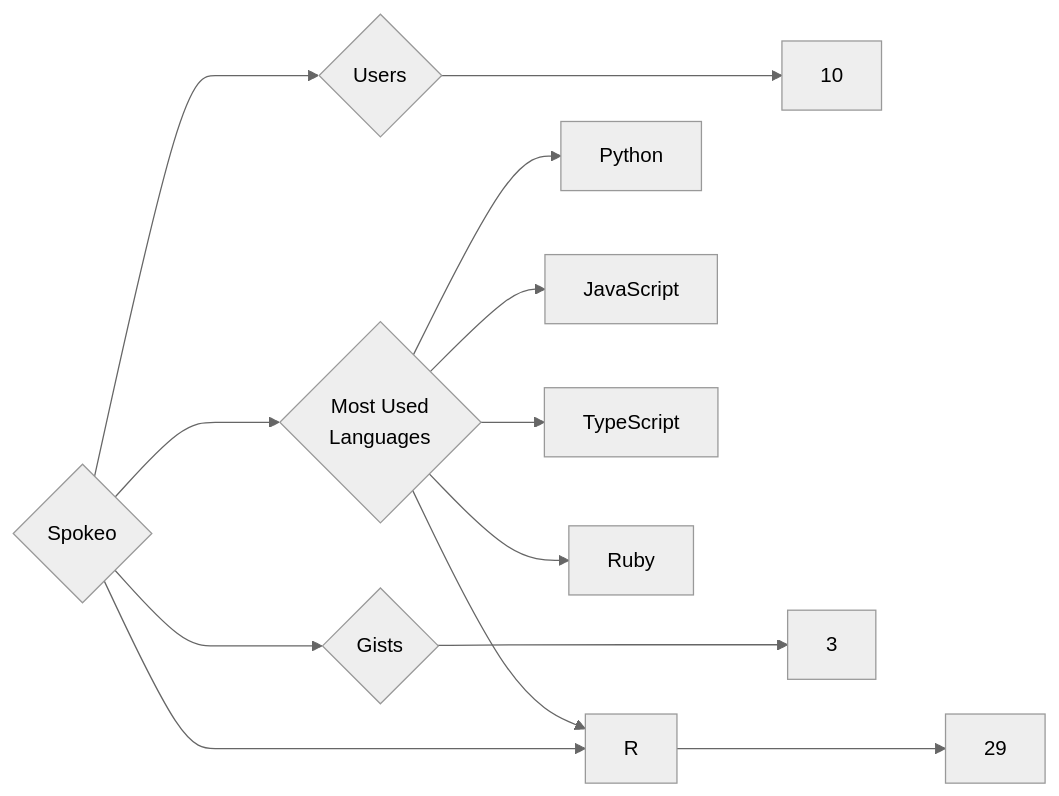
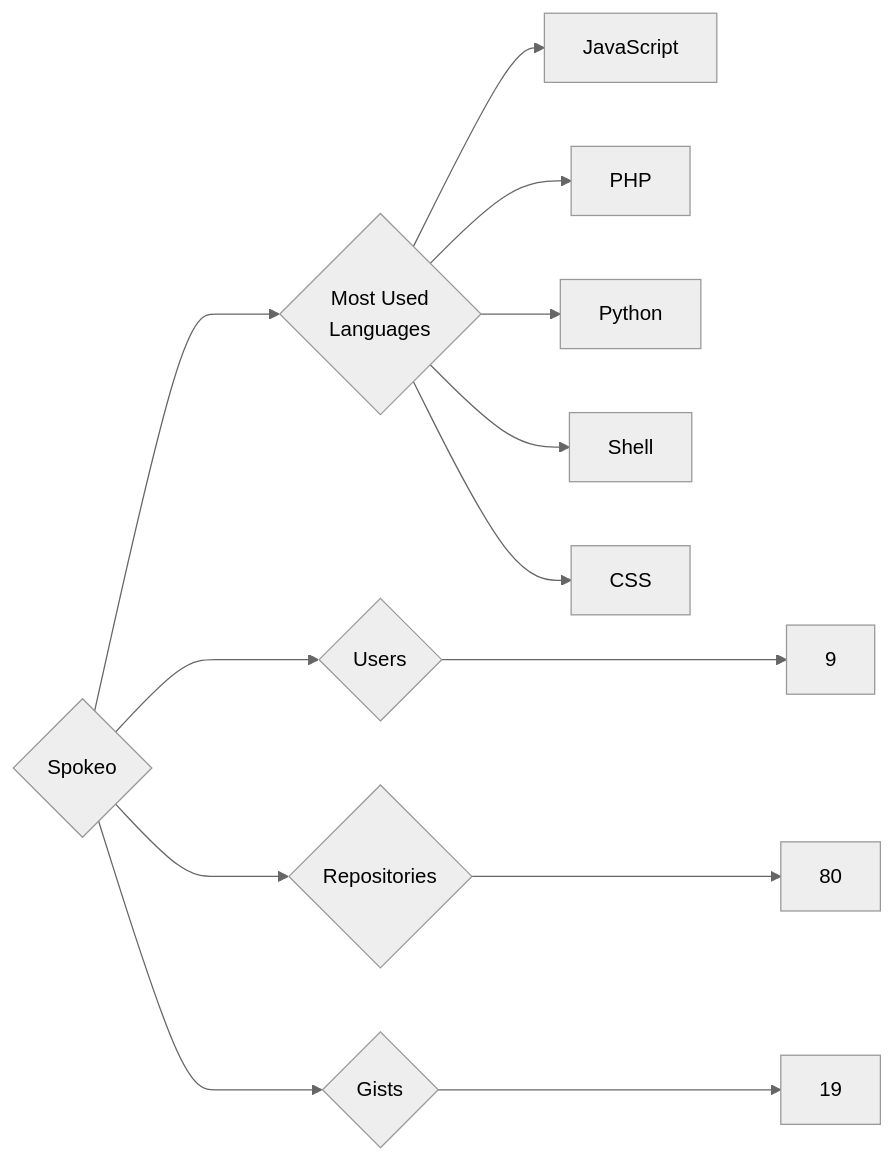
Before and after one commit to trickest/insiders: the diagram in targets/Spokeo/README.md, drawn with Mermaid (neutral theme). The commit also changed 765 other files, not shown here.

````diff
--- a/targets/Spokeo/README.md
+++ b/targets/Spokeo/README.md
@@ -3,13 +3,13 @@
 ```mermaid
 graph LR
 COMPANY_NAME{Spokeo}
-COMPANY_NAME ---> U{Users} ---> UN[10]
-COMPANY_NAME ---> R{Repositories} ---> RN[29]
-COMPANY_NAME ---> G{Gists} ---> GN[3]
+COMPANY_NAME ---> U{Users} ---> UN[9]
+COMPANY_NAME ---> R{Repositories} ---> RN[80]
+COMPANY_NAME ---> G{Gists} ---> GN[19]
 COMPANY_NAME ---> ML{Most Used<br>Languages}
+ML --> JavaScript[JavaScript]
+ML --> PHP[PHP]
 ML --> Python[Python]
-ML --> JavaScript[JavaScript]
-ML --> R[R]
-ML --> TypeScript[TypeScript]
-ML --> Ruby[Ruby]
+ML --> Shell[Shell]
+ML --> CSS[CSS]
 ```
````
